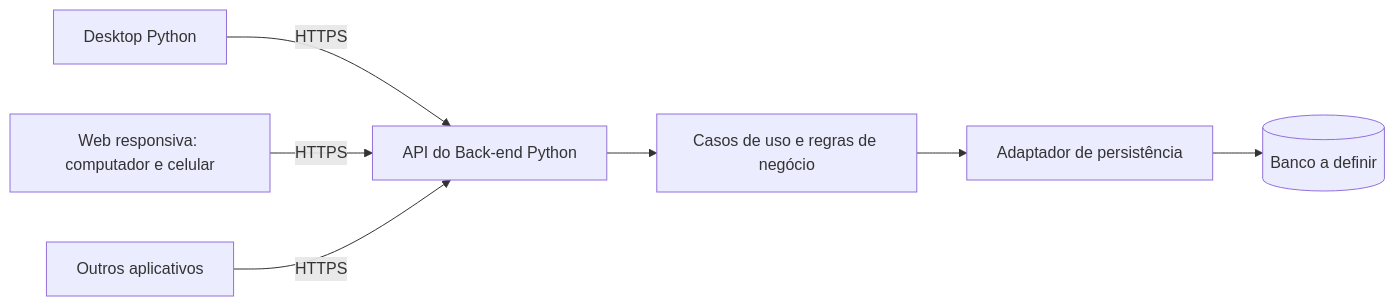
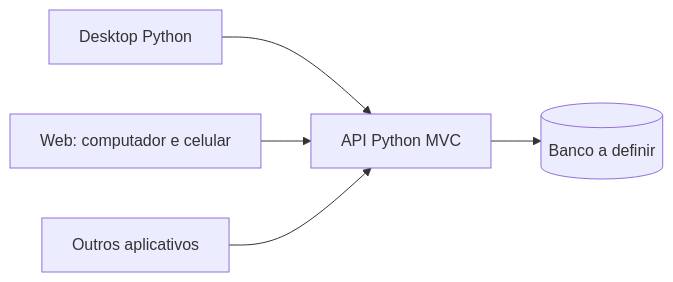
One commit to MarcosKern/ProntuarioEdu-Hospitalar changed the first of 3 diagrams in README.md. Above: the diagram before and after it, drawn with Mermaid. The commit also changed other lines of this file and 32 other files, not shown here.

````diff
--- a/README.md
+++ b/README.md
@@ -11,9 +11,7 @@
 ```mermaid
 flowchart LR
-    Desktop[Desktop Python] -->|HTTPS| API[API do Back-end Python]
-    Web[Web responsiva: computador e celular] -->|HTTPS| API
-    App[Outros aplicativos] -->|HTTPS| API
-    API --> Regras[Casos de uso e regras de negócio]
-    Regras --> Persistencia[Adaptador de persistência]
-    Persistencia --> Banco[(Banco a definir)]
+    Desktop[Desktop Python] --> API[API Python MVC]
+    Web[Web: computador e celular] --> API
+    Apps[Outros aplicativos] --> API
+    API --> Banco[(Banco a definir)]
 ```
````
